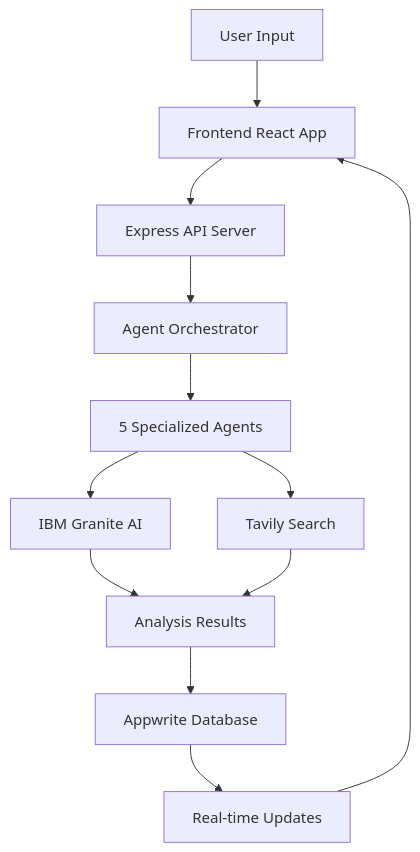
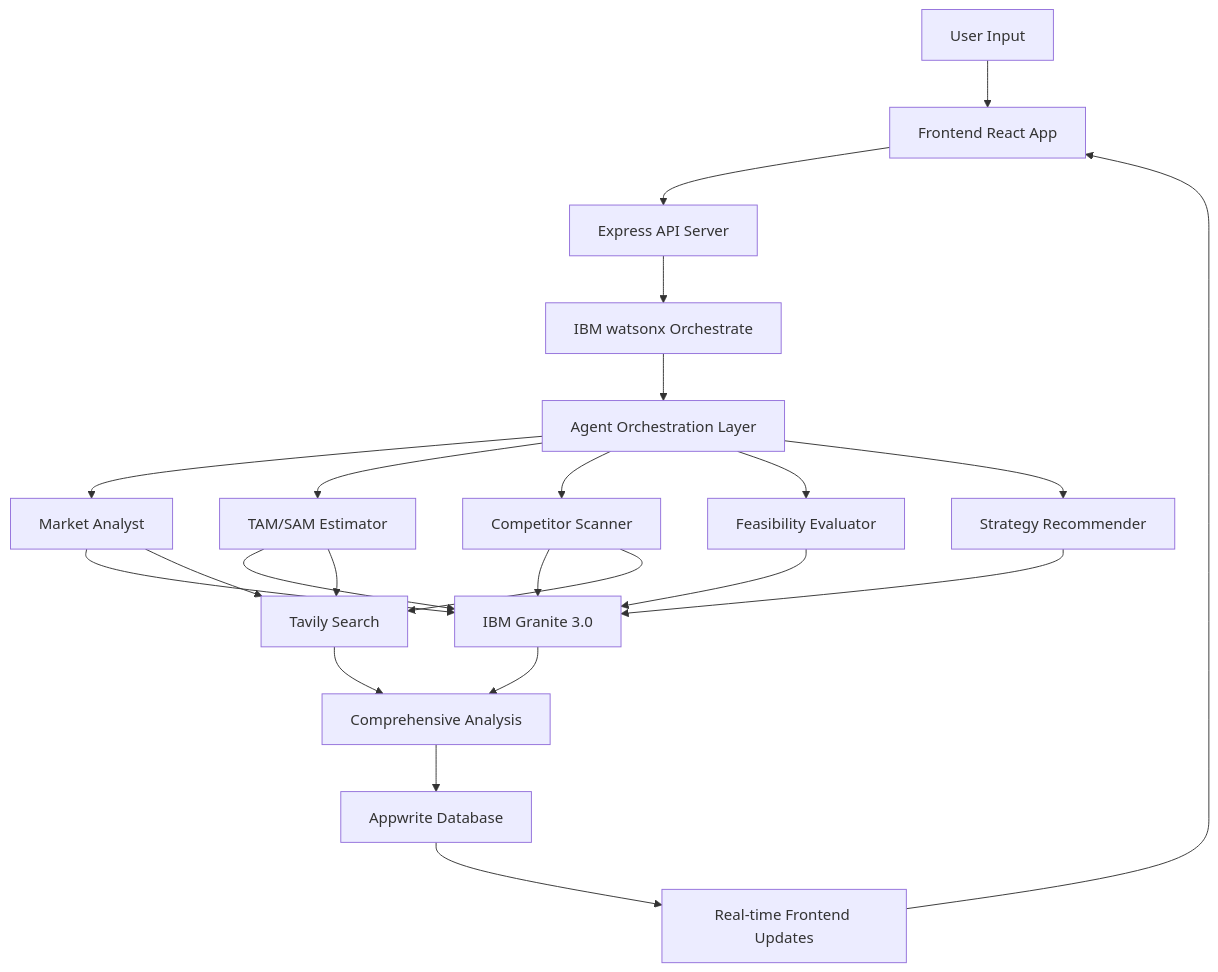
Before and after one commit to sidgureja7803/IdeaHub_IBM: the diagram in README.md, drawn with Mermaid. The commit also changed other lines of this file and 10 other files, not shown here.

````diff
--- a/README.md
+++ b/README.md
@@ -241,14 +339,25 @@
 ```mermaid
 graph TD
     A[User Input] --> B[Frontend React App]
     B --> C[Express API Server]
-    C --> D[Agent Orchestrator]
-    D --> E[5 Specialized Agents]
-    E --> F[IBM Granite AI]
-    E --> G[Tavily Search]
-    F --> H[Analysis Results]
-    G --> H
-    H --> I[Appwrite Database]
-    I --> J[Real-time Updates]
-    J --> B
+    C --> D[IBM watsonx Orchestrate]
+    D --> E[Agent Orchestration Layer]
+    E --> F1[Market Analyst]
+    E --> F2[TAM/SAM Estimator]
+    E --> F3[Competitor Scanner]
+    E --> F4[Feasibility Evaluator]
+    E --> F5[Strategy Recommender]
+    F1 --> G[IBM Granite 3.0]
+    F2 --> G
+    F3 --> G
+    F4 --> G
+    F5 --> G
+    F1 --> H[Tavily Search]
+    F2 --> H
+    F3 --> H
+    G --> I[Comprehensive Analysis]
+    H --> I
+    I --> J[Appwrite Database]
+    J --> K[Real-time Frontend Updates]
+    K --> B
 ```
````
